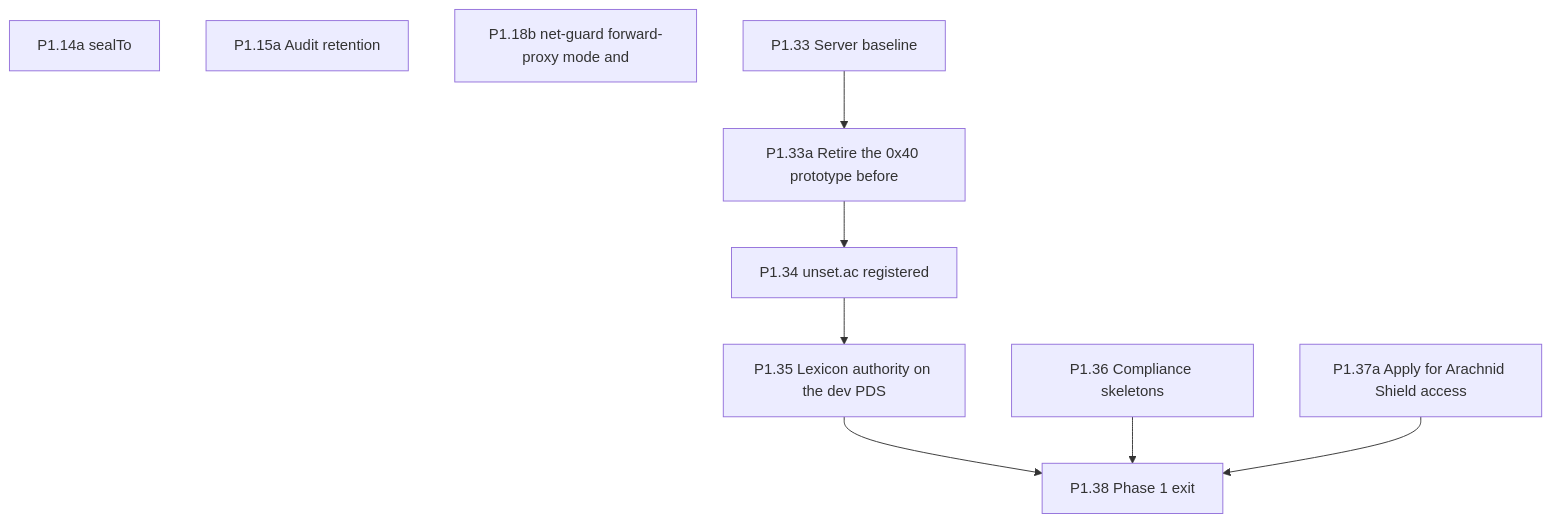
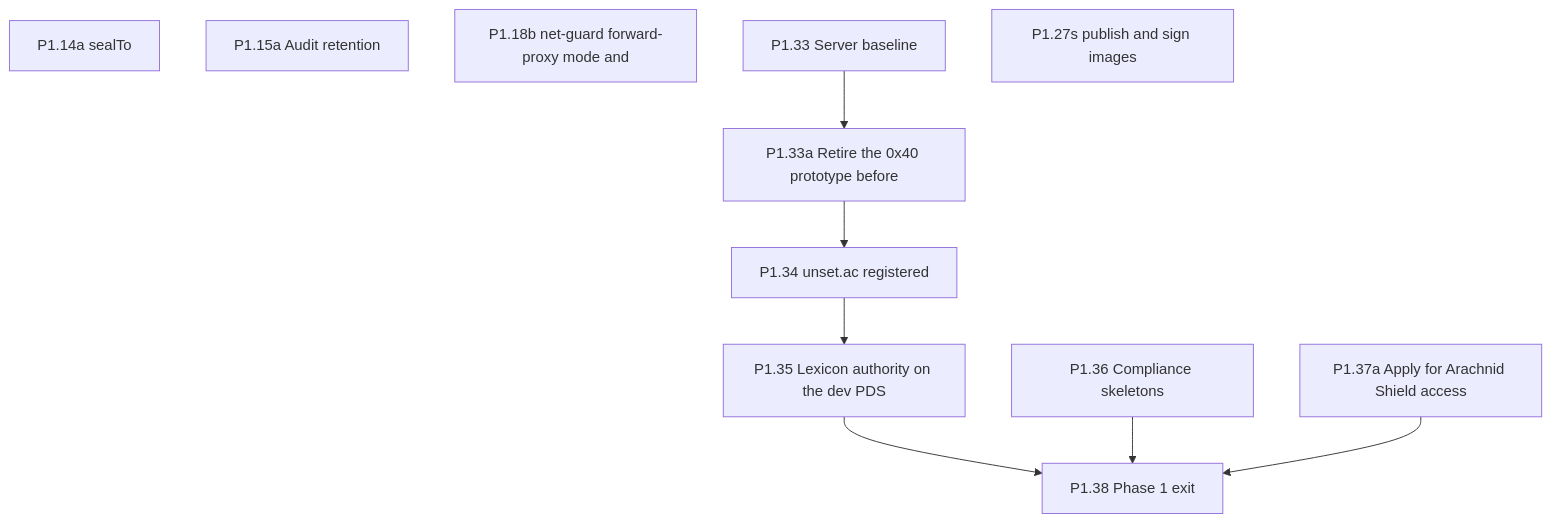
One commit to Undefined6799/unset changed the fourth of 11 diagrams in docs/ai/book/01-outline.md. Above: the diagram before and after it, drawn with Mermaid. The commit also changed other lines of this file and 2 other files, not shown here.

````diff
--- a/docs/ai/book/01-outline.md
+++ b/docs/ai/book/01-outline.md
@@ -437,19 +438,20 @@
 ```mermaid
 flowchart TD
   P1_14a["P1.14a sealTo"]
   P1_15a["P1.15a Audit retention"]
   P1_18b["P1.18b net-guard forward-proxy mode and"]
   P1_33["P1.33 Server baseline"]
   P1_33a["P1.33a Retire the 0x40 prototype before"]
   P1_34["P1.34 unset.ac registered"]
   P1_35["P1.35 Lexicon authority on the dev PDS"]
+  P1_27s["P1.27s publish and sign images"]
   P1_36["P1.36 Compliance skeletons"]
   P1_37a["P1.37a Apply for Arachnid Shield access"]
   P1_38["P1.38 Phase 1 exit"]
   P1_33 --> P1_33a
   P1_33a --> P1_34
   P1_34 --> P1_35
   P1_35 --> P1_38
   P1_36 --> P1_38
   P1_37a --> P1_38
 ```
````
